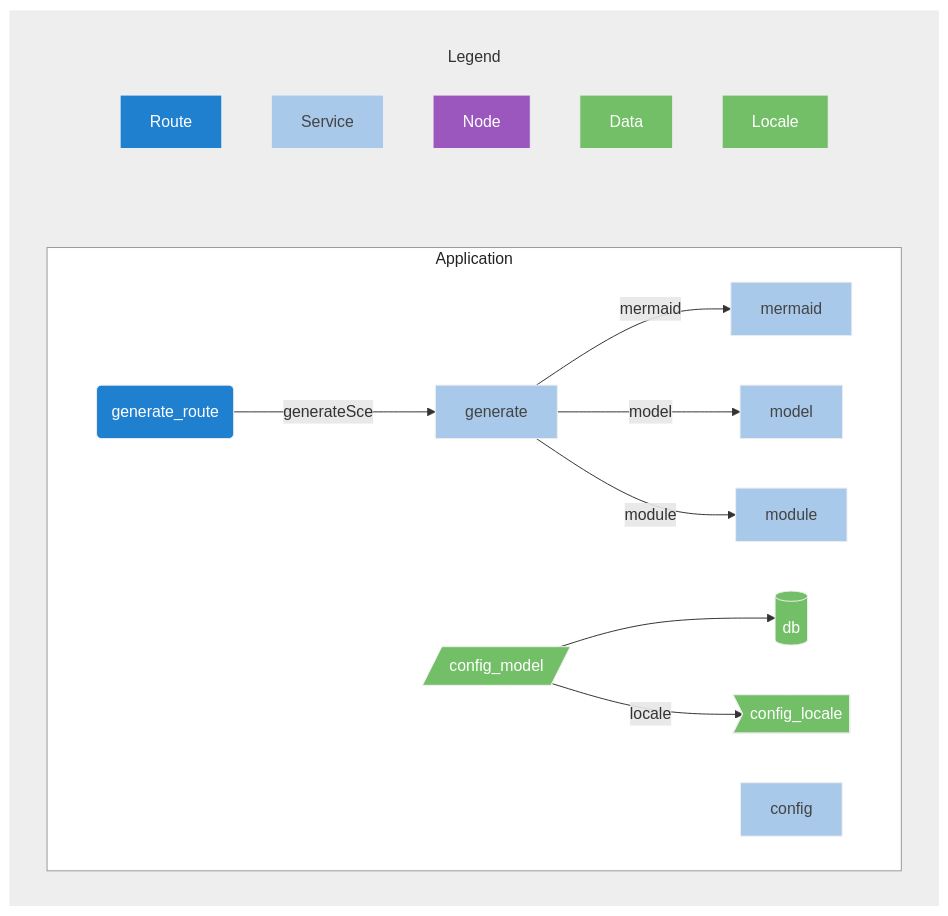
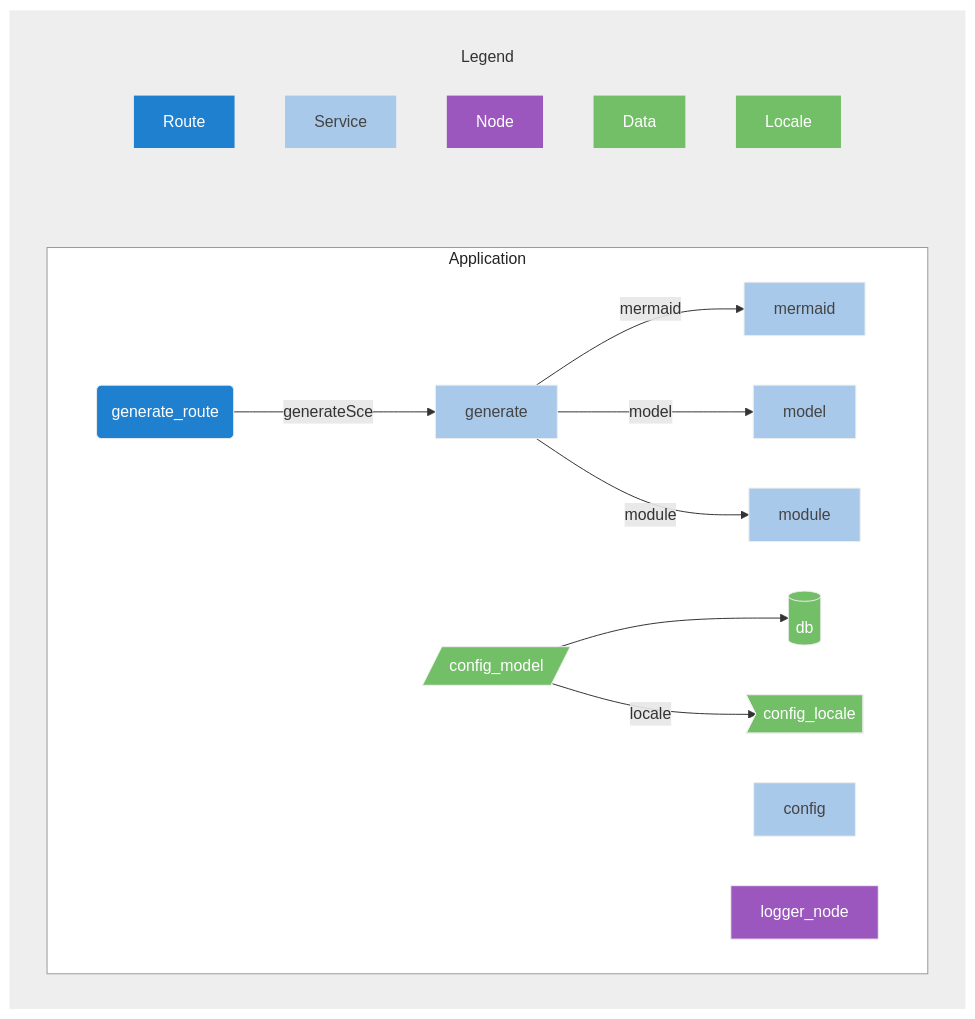
Before and after one commit to franck-yvetot/nxn-cli: the diagram in client_data/default/config_default.README.mmd, drawn with Mermaid. The commit also changed 2 other files, not shown here.

Commit message:
added mermaid node filtering

```diff
--- a/client_data/default/config_default.README.mmd
+++ b/client_data/default/config_default.README.mmd
@@ -1,44 +1,45 @@
 graph LR;
 subgraph main
     direction LR;
 
     subgraph Application
         direction LR;
         classDef nodeCls fill:#9C57BF,stroke:#eee,color:#fff
         classDef routeCls fill:#2080D0,stroke:#eee,color:#fff
         classDef nodCls fill:#9C57BF,stroke:#eee,color:#fff
         classDef serviceCls fill:#A9C9EB,stroke:#eee,color:#444
         classDef dataCls fill:#73BF67,stroke:#eee,color:#fff        
         classDef localeCls fill:#73BF67,stroke:#eee,color:#fff        
     generate_route("generate_route"):::routeCls
     generate_route -- generateSce -->generate;
     db[("db")]:::dataCls
     mermaid["mermaid"]:::serviceCls
     model["model"]:::serviceCls
     generate["generate"]:::serviceCls
     generate -- mermaid -->mermaid;
     generate -- model -->model;
     generate -- module -->module;
     module["module"]:::serviceCls
     config_locale>"config_locale"]:::localeCls
     config_model[/"config_model"/]:::dataCls
     config_model --> db;
     config_model -- locale -->config_locale;
     config["config"]:::serviceCls
+    logger_node["logger_node"]:::nodeCls
 end
 
     subgraph Legend
         Route:::routeCls
         Service:::serviceCls
         Node:::nodCls
         Data:::dataCls
         Locale:::localeCls
     end
 
 end
 
 
 
 style Application fill:#fff,stroke:#999,color:#222
 style Legend fill:#eee,stroke:#eee,color:#333
 style main fill:#eee,stroke:#eee,color:#eee
```
